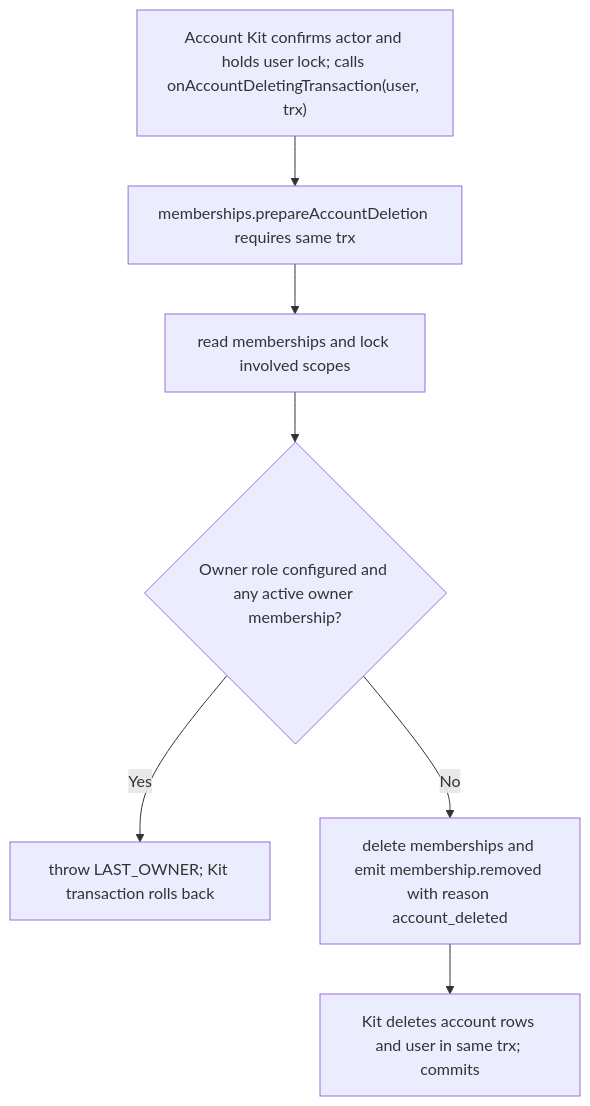
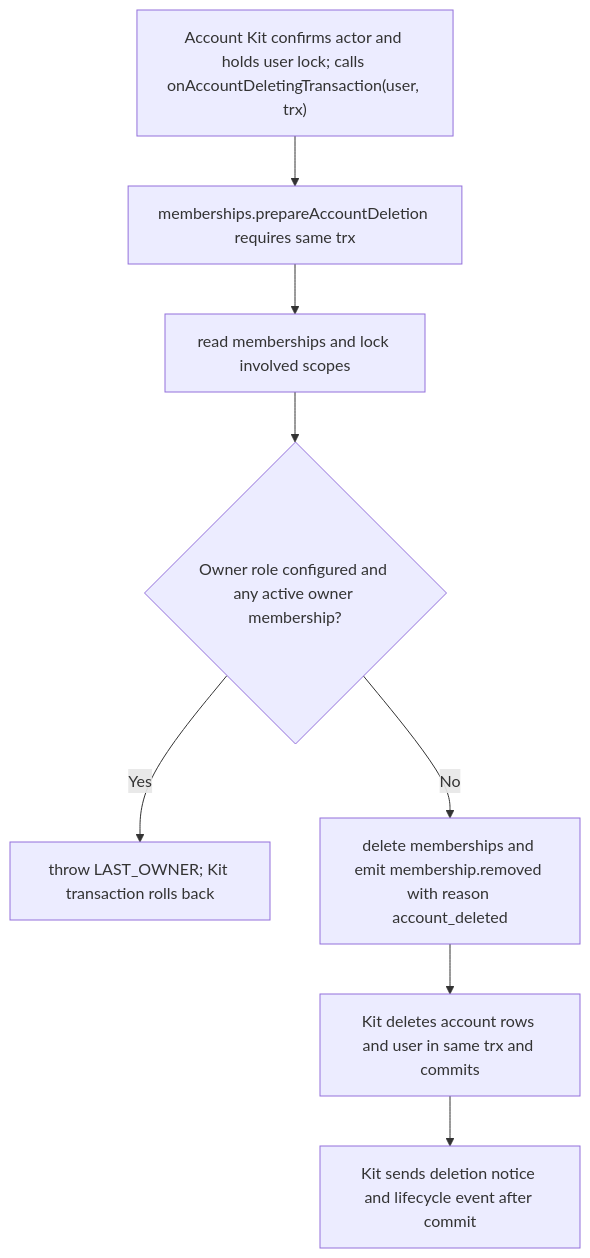
One commit to Kevinjohn/oss-adonisjs-access-control changed the second of 2 diagrams in user-stories/US-ACCESS-20-protect-account-deletion.md. Above: the diagram before and after it, drawn with Mermaid. The commit also changed other lines of this file and 25 other files, not shown here.

````diff
--- a/user-stories/US-ACCESS-20-protect-account-deletion.md
+++ b/user-stories/US-ACCESS-20-protect-account-deletion.md
@@ -31,9 +31,10 @@
 ```mermaid
 flowchart TD
     A["Account Kit confirms actor and holds user lock; calls onAccountDeletingTransaction(user, trx)"] --> B["memberships.prepareAccountDeletion requires same trx"]
     B --> C["read memberships and lock involved scopes"]
     C --> D{"Owner role configured and any active owner membership?"}
     D -->|Yes| E["throw LAST_OWNER; Kit transaction rolls back"]
     D -->|No| F["delete memberships and emit membership.removed with reason account_deleted"]
-    F --> G["Kit deletes account rows and user in same trx; commits"]
+    F --> G["Kit deletes account rows and user in same trx and commits"]
+    G --> H["Kit sends deletion notice and lifecycle event after commit"]
 ```
````
